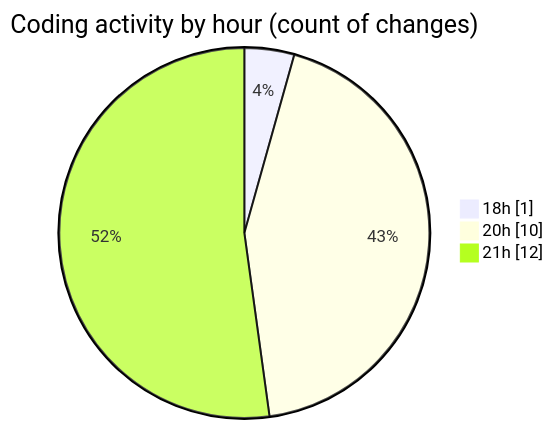
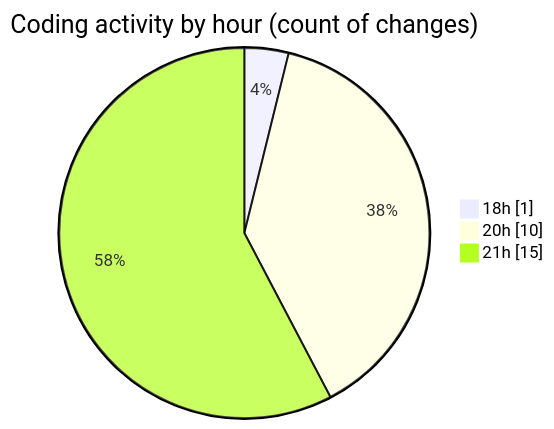
One commit to MatusMokan/code-tracking changed the second of 2 diagrams in 2025-10-08/untitled__workspace_/README.md. Above: the diagram before and after it, drawn with Mermaid. The commit also changed other lines of this file and 1 other file, not shown here.

````diff
--- a/2025-10-08/untitled__workspace_/README.md
+++ b/2025-10-08/untitled__workspace_/README.md
@@ -30,7 +31,7 @@
 ```mermaid
 pie showData
 title Coding activity by hour (count of changes)
 "18h" : 1
 "20h" : 10
-"21h" : 12
+"21h" : 15
 ```
````
